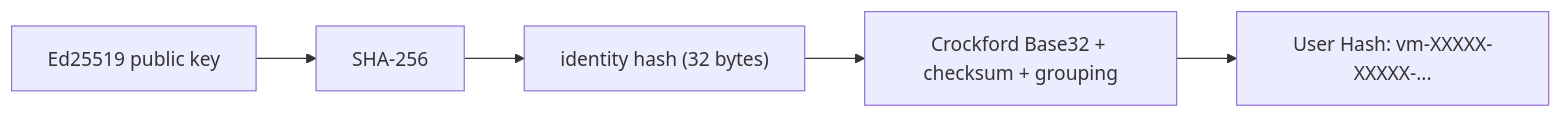
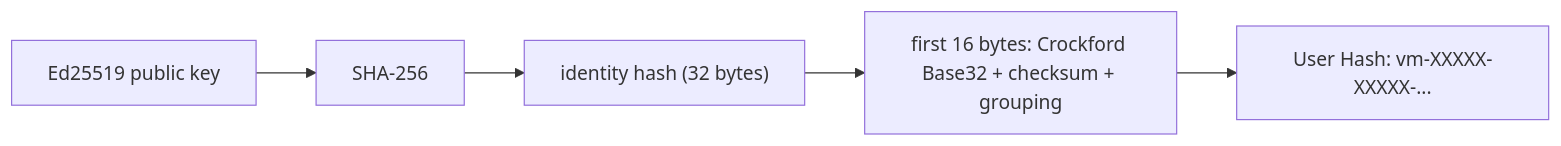
One commit to 0xAsghar/vMessenger changed the fourth of 6 diagrams in docs/Discovery.md. Above: the diagram before and after it, drawn with Mermaid. The commit also changed other lines of this file and 16 other files, not shown here.

````diff
--- a/docs/Discovery.md
+++ b/docs/Discovery.md
@@ -99,7 +105,7 @@
 ```mermaid
 flowchart LR
   Pk["Ed25519 public key"] --> Sha["SHA-256"]
   Sha --> Idh["identity hash (32 bytes)"]
-  Idh --> Enc["Crockford Base32 + checksum + grouping"]
+  Idh --> Enc["first 16 bytes: Crockford Base32 + checksum + grouping"]
   Enc --> UH["User Hash: vm-XXXXX-XXXXX-..."]
 ```
````
